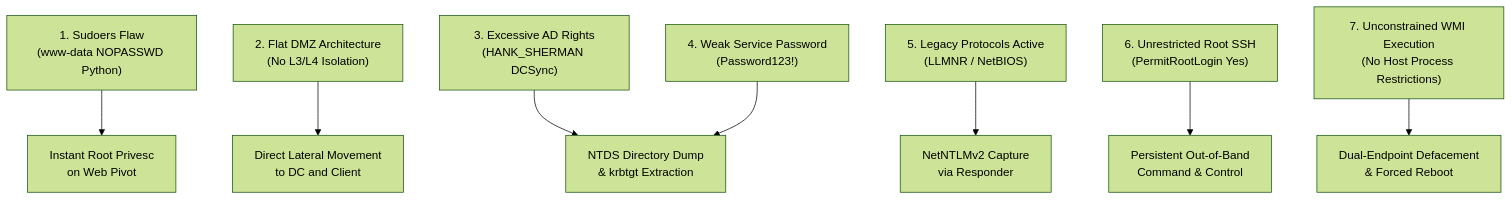
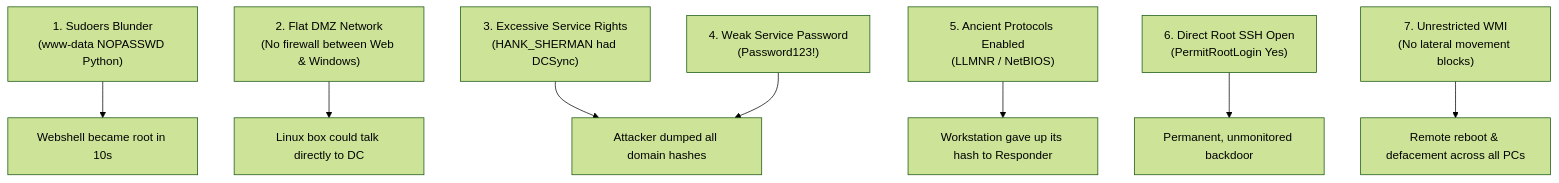
Before and after one commit to EclipseManic/SOC-Lab: the diagram in 04-Investigation/Deep-Dive-Attack-Chain-Investigation.md, drawn with Mermaid (forest theme). The commit also changed other lines of this file, not shown here.

````diff
--- a/04-Investigation/Deep-Dive-Attack-Chain-Investigation.md
+++ b/04-Investigation/Deep-Dive-Attack-Chain-Investigation.md
@@ -412,10 +447,10 @@
 ```mermaid
 graph TD
-    V1["1. Sudoers Flaw<br/>(www-data NOPASSWD Python)"] --> E1["Instant Root Privesc<br/>on Web Pivot"]
-    V2["2. Flat DMZ Architecture<br/>(No L3/L4 Isolation)"] --> E2["Direct Lateral Movement<br/>to DC and Client"]
-    V3["3. Excessive AD Rights<br/>(HANK_SHERMAN DCSync)"] --> E3["NTDS Directory Dump<br/>& krbtgt Extraction"]
-    V4["4. Weak Service Password<br/>(Password123!)"] --> E3
-    V5["5. Legacy Protocols Active<br/>(LLMNR / NetBIOS)"] --> E4["NetNTLMv2 Capture<br/>via Responder"]
-    V6["6. Unrestricted Root SSH<br/>(PermitRootLogin Yes)"] --> E5["Persistent Out-of-Band<br/>Command & Control"]
-    V7["7. Unconstrained WMI Execution<br/>(No Host Process Restrictions)"] --> E6["Dual-Endpoint Defacement<br/>& Forced Reboot"]
+    M1["1. Sudoers Blunder<br/>(www-data NOPASSWD Python)"] --> R1["Webshell became root in 10s"]
+    M2["2. Flat DMZ Network<br/>(No firewall between Web & Windows)"] --> R2["Linux box could talk directly to DC"]
+    M3["3. Excessive Service Rights<br/>(HANK_SHERMAN had DCSync)"] --> R3["Attacker dumped all domain hashes"]
+    M4["4. Weak Service Password<br/>(Password123!)"] --> R3
+    M5["5. Ancient Protocols Enabled<br/>(LLMNR / NetBIOS)"] --> R4["Workstation gave up its hash to Responder"]
+    M6["6. Direct Root SSH Open<br/>(PermitRootLogin Yes)"] --> R5["Permanent, unmonitored backdoor"]
+    M7["7. Unrestricted WMI<br/>(No lateral movement blocks)"] --> R6["Remote reboot & defacement across all PCs"]
 ```
````
